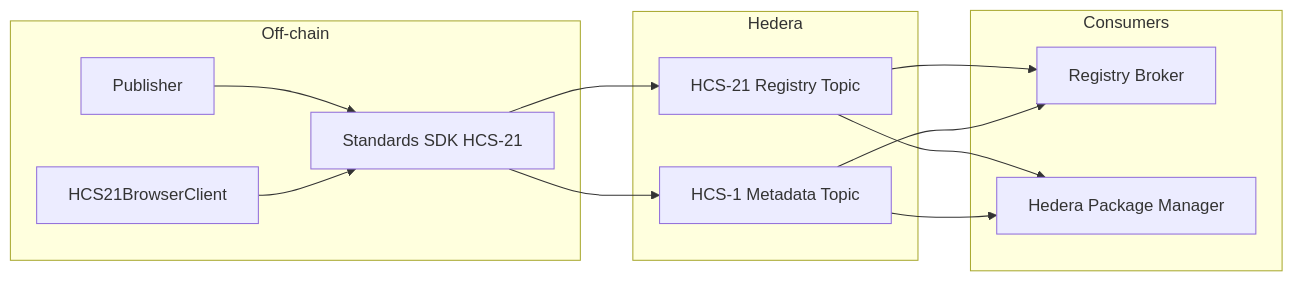
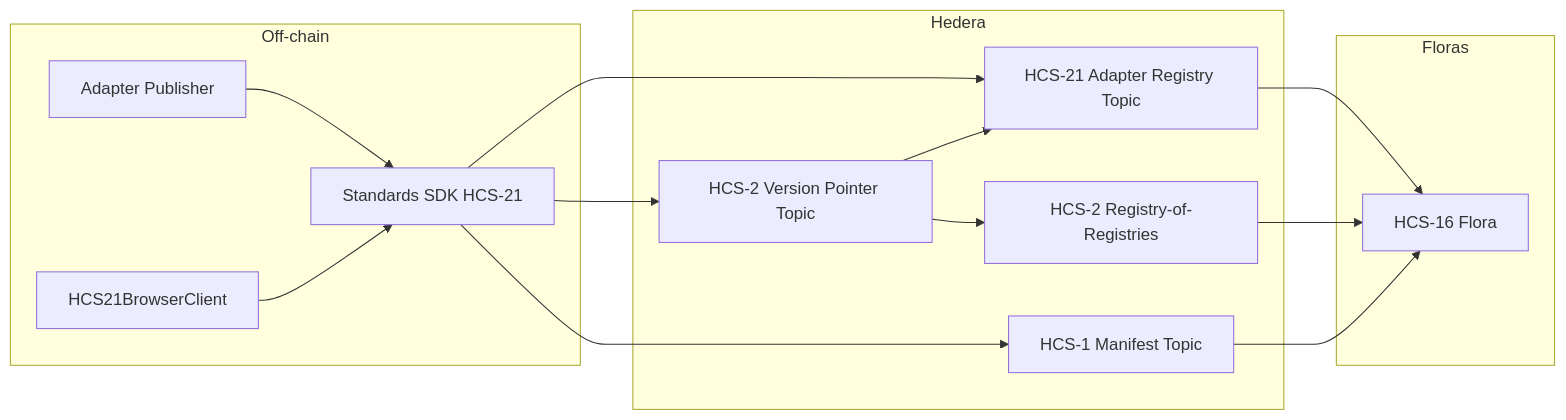
Before and after one commit to hashgraph-online/hcs-improvement-proposals: the diagram in docs/libraries/standards-sdk/hcs-21/overview.md, drawn with Mermaid. The commit also changed other lines of this file and 20 other files, not shown here.

First line of the commit message:
feat: revised adapter registry standard (#210)

````diff
--- a/docs/libraries/standards-sdk/hcs-21/overview.md
+++ b/docs/libraries/standards-sdk/hcs-21/overview.md
@@ -17,25 +18,28 @@
 ```mermaid
 flowchart LR
     subgraph Off-chain
-        Dev[Publisher]
+        Publisher[Adapter Publisher]
         SDK[Standards SDK HCS-21]
         Browser[HCS21BrowserClient]
     end
     subgraph Hedera
-        Topic[HCS-21 Registry Topic]
-        Metadata[HCS-1 Metadata Topic]
+    Manifest[HCS-1 Manifest Topic]
+        VersionTopic[HCS-2 Version Pointer Topic]
+        RegistryTopic[HCS-21 Adapter Registry Topic]
+        RegistryList[HCS-2 Registry-of-Registries]
     end
-    subgraph Consumers
-        Broker[Registry Broker]
-        HPM[Hedera Package Manager]
+    subgraph Floras
+        Flora[HCS-16 Flora]
     end
 
-    Dev --> SDK
+    Publisher --> SDK
     Browser --> SDK
-    SDK --> Metadata
-    SDK --> Topic
-    Topic --> Broker
-    Topic --> HPM
-    Metadata --> Broker
-    Metadata --> HPM
+    SDK --> Manifest
+    SDK --> RegistryTopic
+    RegistryTopic --> Flora
+    SDK --> VersionTopic
+    VersionTopic --> RegistryList
+    RegistryList --> Flora
+    VersionTopic --> RegistryTopic
+    Manifest --> Flora
 ```
````
